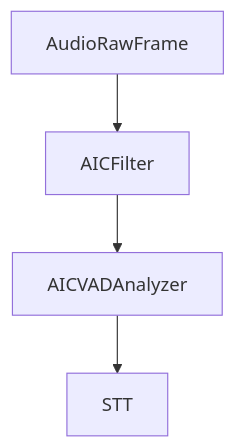
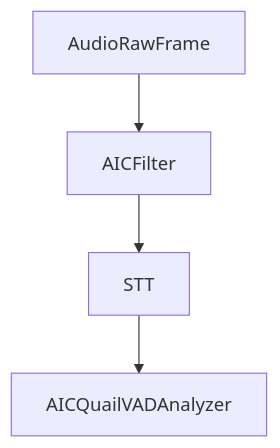
Before and after one commit to pipecat-ai/docs: the diagram in api-reference/server/services/audio-filters/aic-filter.mdx, drawn with Mermaid. The commit also changed other lines of this file and 40 other files, not shown here.

````diff
--- a/api-reference/server/services/audio-filters/aic-filter.mdx
+++ b/api-reference/server/services/audio-filters/aic-filter.mdx
@@ -221,6 +228,6 @@
 ```mermaid
 graph TD
     A[AudioRawFrame] --> B[AICFilter]
-    B --> C[AICVADAnalyzer]
-    C --> D[STT]
+    B --> C[STT]
+    C --> D[AICQuailVADAnalyzer]
 ```
````
